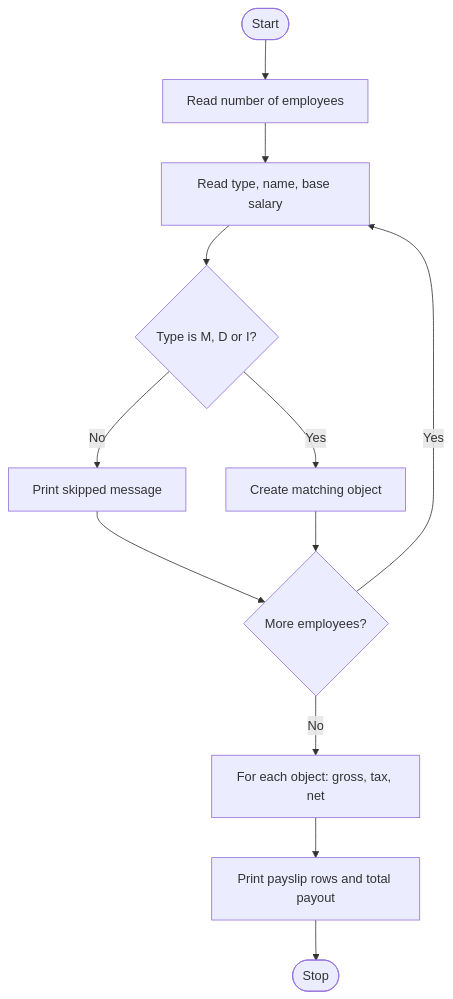
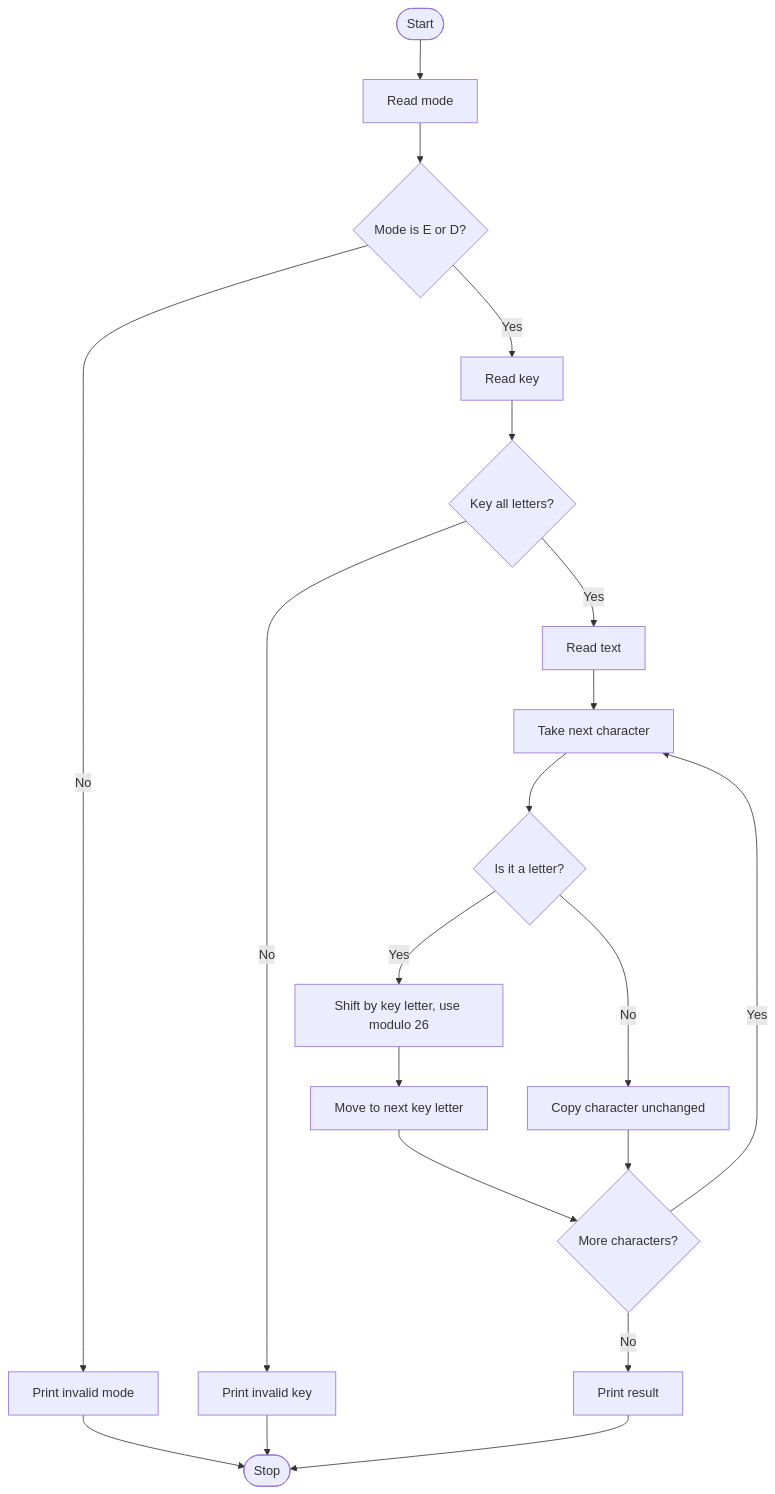
One commit to thevisionn/2026_27_cse4-264_python_programming changed the diagram in README.md. Above: the diagram before and after it, drawn with Mermaid. The commit also changed other lines of this file, not shown here.

````diff
--- a/README.md
+++ b/README.md
@@ -55,14 +53,22 @@
 ```mermaid
 flowchart TD
-A(["Start"]) --> B["Read number of employees"]
-B --> C["Read type, name, base salary"]
-C --> D{"Type is M, D or I?"}
-D -->|No| E["Print skipped message"]
-D -->|Yes| F["Create matching object"]
-E --> G{"More employees?"}
-F --> G
-G -->|Yes| C
-G -->|No| H["For each object: gross, tax, net"]
-H --> I["Print payslip rows and total payout"]
-I --> J(["Stop"])
+A(["Start"]) --> B["Read mode"]
+B --> C{"Mode is E or D?"}
+C -->|No| X["Print invalid mode"]
+C -->|Yes| D["Read key"]
+D --> E{"Key all letters?"}
+E -->|No| Y["Print invalid key"]
+E -->|Yes| F["Read text"]
+F --> G["Take next character"]
+G --> H{"Is it a letter?"}
+H -->|Yes| I["Shift by key letter, use modulo 26"]
+I --> J["Move to next key letter"]
+H -->|No| K["Copy character unchanged"]
+J --> L{"More characters?"}
+K --> L
+L -->|Yes| G
+L -->|No| M["Print result"]
+X --> Z(["Stop"])
+Y --> Z
+M --> Z
 ```
````
